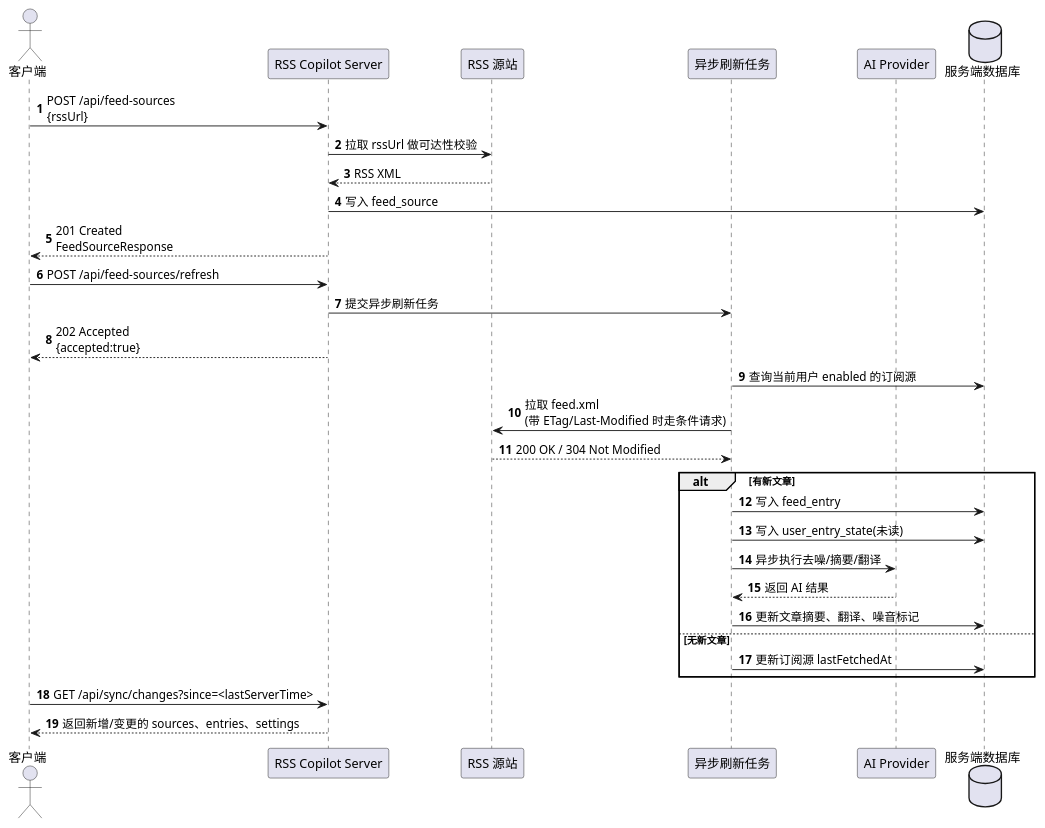
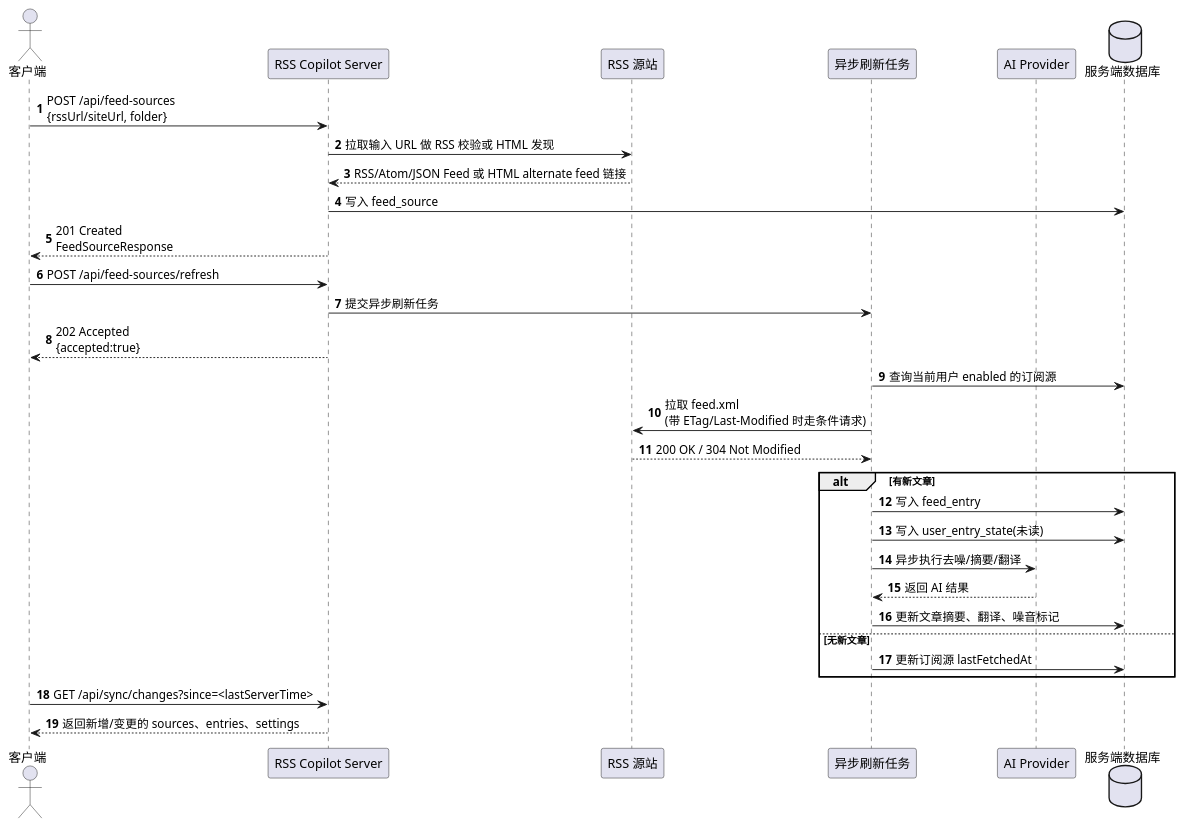
Before and after one commit to Jax-Rene/rss-copilot-server: the second of 5 diagrams in docs/client-api.md, drawn with PlantUML. The commit also changed other lines of this file and 73 other files, not shown here.

Commit message:
feat: build complete RSS reader server

````diff
--- a/docs/client-api.md
+++ b/docs/client-api.md
@@ -845,38 +1368,38 @@
 ```plantuml
 @startuml
 autonumber
 actor Client as "客户端"
 participant Server as "RSS Copilot Server"
 participant Origin as "RSS 源站"
 participant Worker as "异步刷新任务"
 participant AI as "AI Provider"
 database DB as "服务端数据库"
 
-Client -> Server: POST /api/feed-sources\n{rssUrl}
-Server -> Origin: 拉取 rssUrl 做可达性校验
-Origin --> Server: RSS XML
+Client -> Server: POST /api/feed-sources\n{rssUrl/siteUrl, folder}
+Server -> Origin: 拉取输入 URL 做 RSS 校验或 HTML 发现
+Origin --> Server: RSS/Atom/JSON Feed 或 HTML alternate feed 链接
 Server -> DB: 写入 feed_source
 Server --> Client: 201 Created\nFeedSourceResponse
 
 Client -> Server: POST /api/feed-sources/refresh
 Server -> Worker: 提交异步刷新任务
 Server --> Client: 202 Accepted\n{accepted:true}
 
 Worker -> DB: 查询当前用户 enabled 的订阅源
 Worker -> Origin: 拉取 feed.xml\n(带 ETag/Last-Modified 时走条件请求)
 Origin --> Worker: 200 OK / 304 Not Modified
 
 alt 有新文章
   Worker -> DB: 写入 feed_entry
   Worker -> DB: 写入 user_entry_state(未读)
   Worker -> AI: 异步执行去噪/摘要/翻译
   AI --> Worker: 返回 AI 结果
   Worker -> DB: 更新文章摘要、翻译、噪音标记
 else 无新文章
   Worker -> DB: 更新订阅源 lastFetchedAt
 end
 
 Client -> Server: GET /api/sync/changes?since=<lastServerTime>
 Server --> Client: 返回新增/变更的 sources、entries、settings
 @enduml
 ```
````
